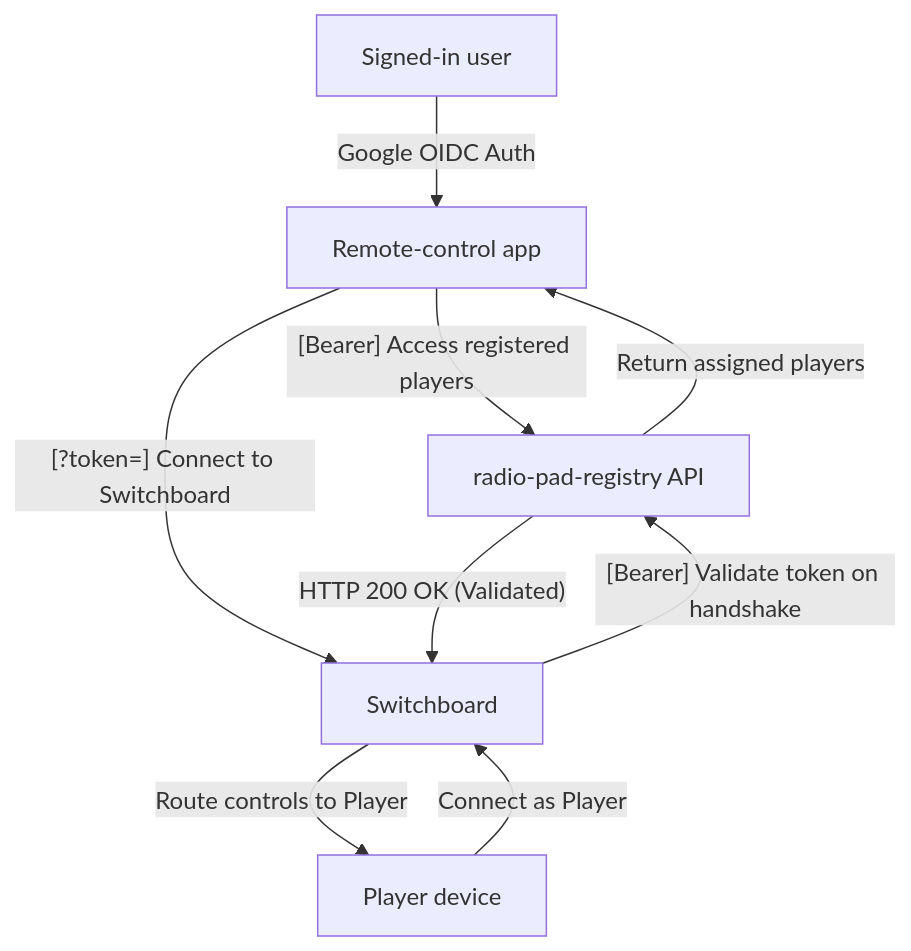
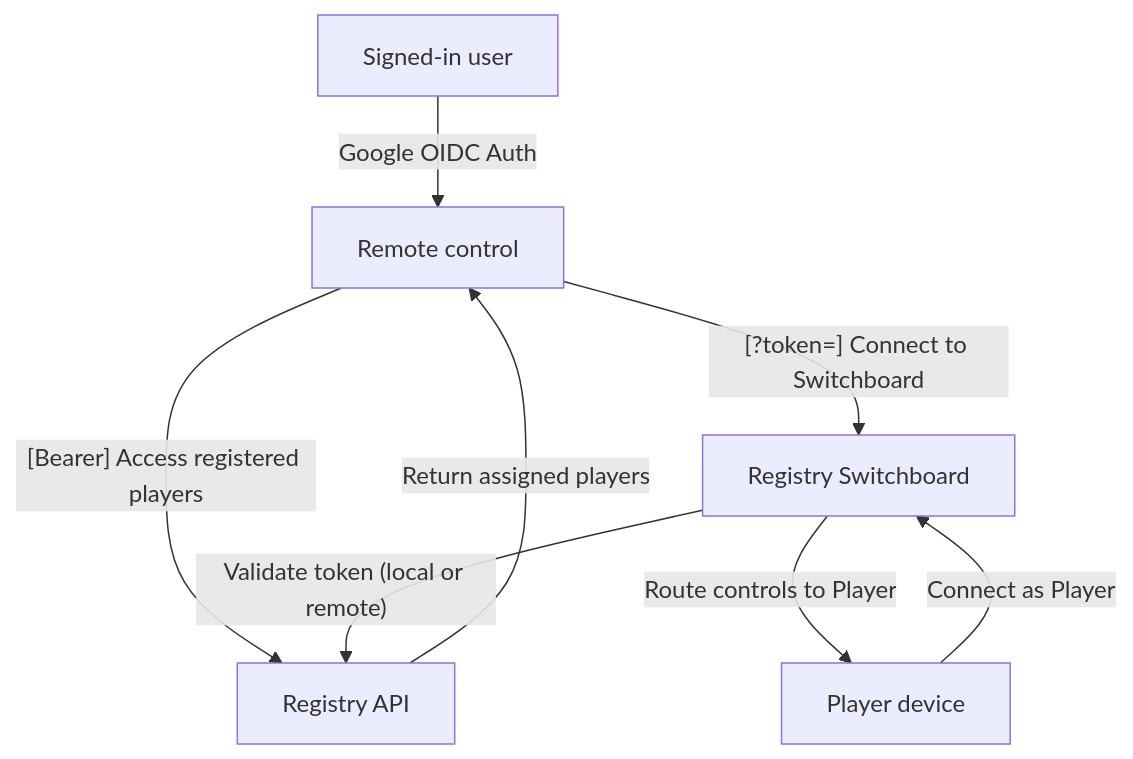
The second of 2 diagrams in README.md (briceburg/radio-pad), drawn with Mermaid before and after one commit. The commit also changed other lines of this file and 74 other files, not shown here.

````diff
--- a/README.md
+++ b/README.md
@@ -71,17 +120,16 @@
 ```mermaid
 flowchart TD
     User["Signed-in user"]
-    Remote["Remote-control app"]
-    Registry["radio-pad-registry API"]
-    Switchboard["Switchboard"]
+    Remote["Remote control"]
+    Registry["Registry API"]
+    Switchboard["Registry Switchboard"]
     Player["Player device"]
 
     User -- "Google OIDC Auth" --> Remote
     Remote -- "[Bearer] Access registered players" --> Registry
     Registry -- "Return assigned players" --> Remote
     Remote -- "[?token=] Connect to Switchboard" --> Switchboard
-    Switchboard -- "[Bearer] Validate token on handshake" --> Registry
-    Registry -- "HTTP 200 OK (Validated)" --> Switchboard
+    Switchboard -- "Validate token (local or remote)" --> Registry
     Player -- "Connect as Player" --> Switchboard
     Switchboard -- "Route controls to Player" --> Player
 ```
````
